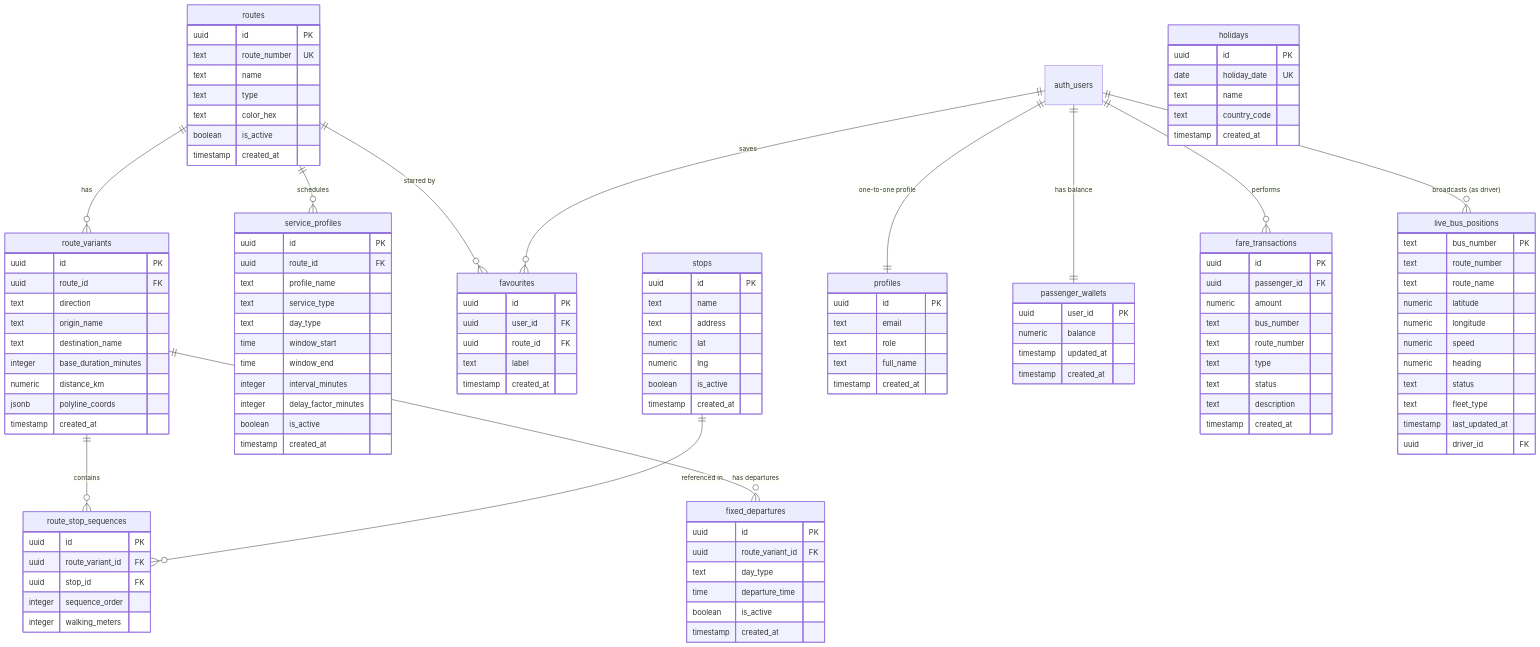
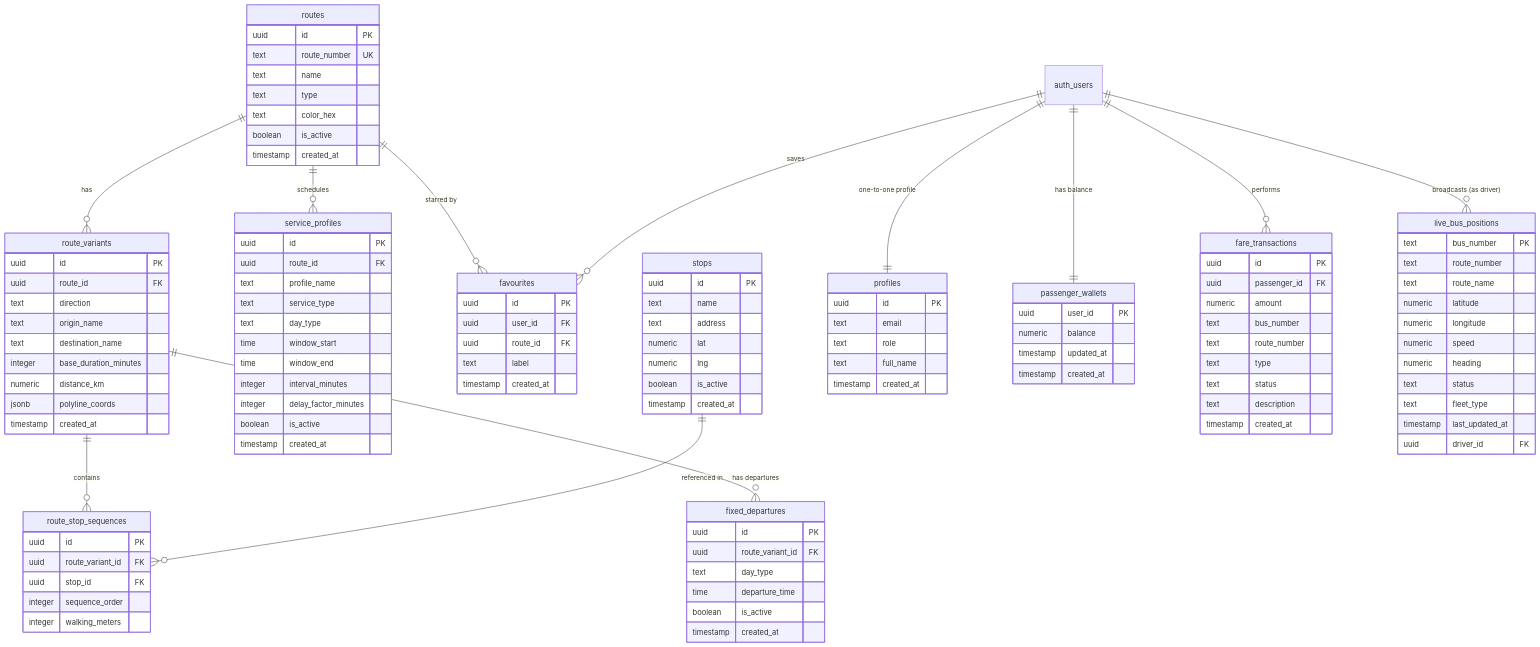
Before and after one commit to PandaSL2/TransLink: the second of 2 diagrams in README.md, drawn with Mermaid. The commit also changed other lines of this file and 6 other files, not shown here.

Commit message:
refactor: remove holidays table, holiday service files, and external holiday APIs from schema and README

````diff
--- a/README.md
+++ b/README.md
@@ -196,12 +194,4 @@
         text label
         timestamp created_at
     }
-
-    holidays {
-        uuid id PK
-        date holiday_date UK
-        text name
-        text country_code
-        timestamp created_at
-    }
 ```
````
